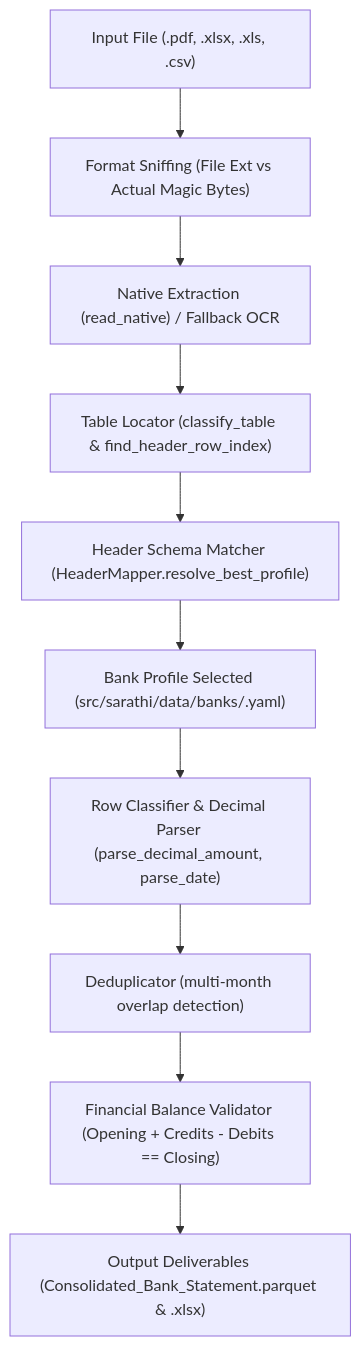
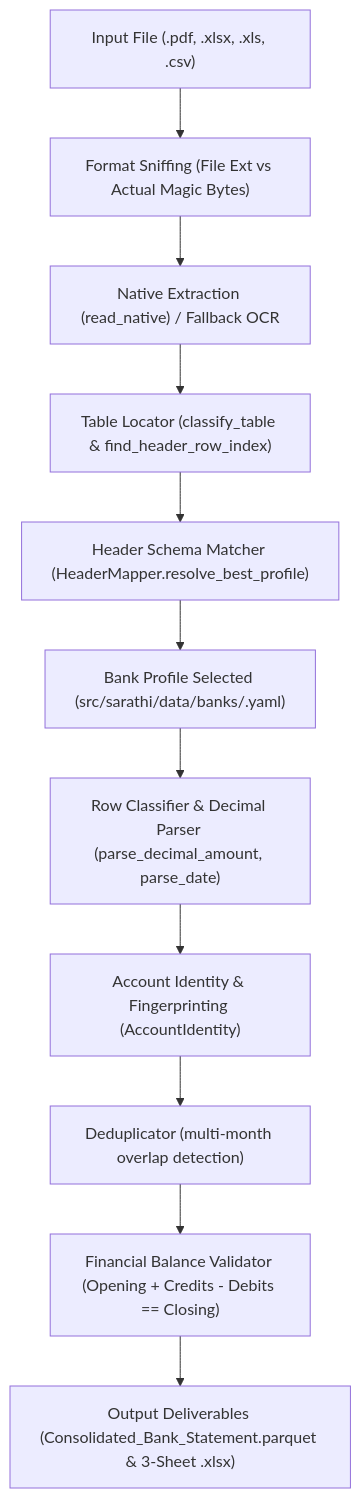
One commit to vkbhanwariya/Sarathi changed the diagram in Vedas/Bank_Statement_Mapping_Guide.md. Above: the diagram before and after it, drawn with Mermaid. The commit also changed other lines of this file and 13 other files, not shown here.

````diff
--- a/Vedas/Bank_Statement_Mapping_Guide.md
+++ b/Vedas/Bank_Statement_Mapping_Guide.md
@@ -11,12 +11,13 @@
 ```mermaid
 flowchart TD
     A["Input File (.pdf, .xlsx, .xls, .csv)"] --> B["Format Sniffing (File Ext vs Actual Magic Bytes)"]
     B --> C["Native Extraction (read_native) / Fallback OCR"]
     C --> D["Table Locator (classify_table & find_header_row_index)"]
     D --> E["Header Schema Matcher (HeaderMapper.resolve_best_profile)"]
     E --> F["Bank Profile Selected (src/sarathi/data/banks/<bank_id>.yaml)"]
     F --> G["Row Classifier & Decimal Parser (parse_decimal_amount, parse_date)"]
-    G --> H["Deduplicator (multi-month overlap detection)"]
-    H --> I["Financial Balance Validator (Opening + Credits - Debits == Closing)"]
-    I --> J["Output Deliverables (Consolidated_Bank_Statement.parquet & .xlsx)"]
+    G --> H["Account Identity & Fingerprinting (AccountIdentity)"]
+    H --> I["Deduplicator (multi-month overlap detection)"]
+    I --> J["Financial Balance Validator (Opening + Credits - Debits == Closing)"]
+    J --> K["Output Deliverables (Consolidated_Bank_Statement.parquet & 3-Sheet .xlsx)"]
 ```
````
